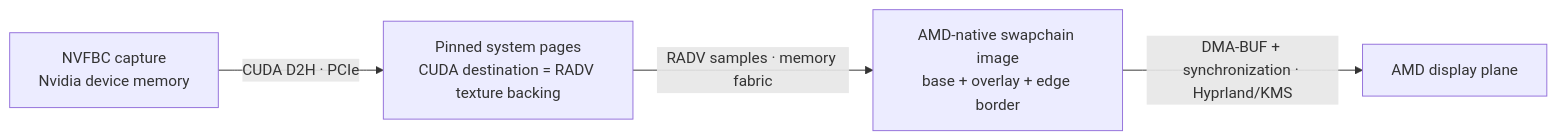
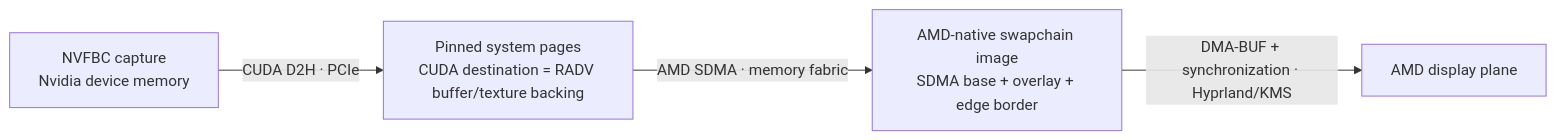
The diagram in docs/cross-gpu.md (catpranks/WaywardGriffin), drawn with Mermaid before and after one commit. The commit also changed other lines of this file and 12 other files, not shown here.

Commit message:
NVFBC: upload with SDMA and pace native scanout from presentation feedback

````diff
--- a/docs/cross-gpu.md
+++ b/docs/cross-gpu.md
@@ -26,10 +26,10 @@
 ```mermaid
 flowchart LR
     N["NVFBC capture<br/>Nvidia device memory"]
-    H["Pinned system pages<br/>CUDA destination = RADV texture backing"]
-    A["AMD-native swapchain image<br/>base + overlay + edge border"]
+    H["Pinned system pages<br/>CUDA destination = RADV buffer/texture backing"]
+    A["AMD-native swapchain image<br/>SDMA base + overlay + edge border"]
     D["AMD display plane"]
     N -->|"CUDA D2H · PCIe"| H
-    H -->|"RADV samples · memory fabric"| A
+    H -->|"AMD SDMA · memory fabric"| A
     A -->|"DMA-BUF + synchronization · Hyprland/KMS"| D
 ```
````
